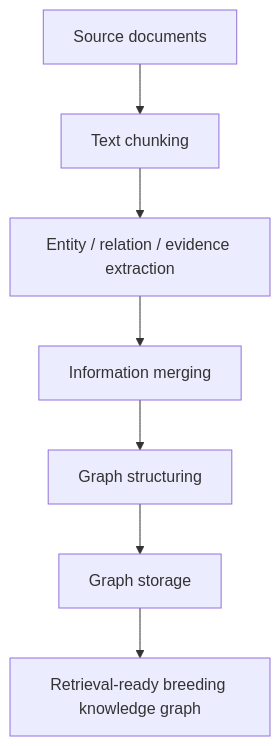
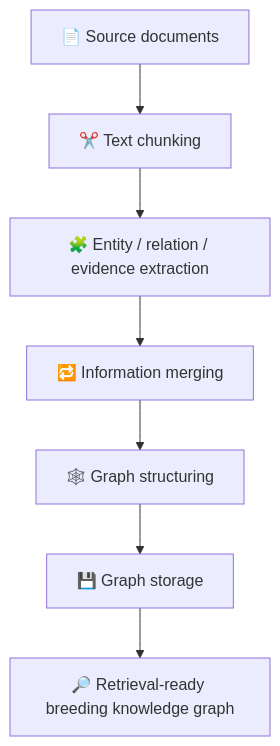
Before and after one commit to zhiweihu1103/DeepBreeding: the second of 2 diagrams in README.md, drawn with Mermaid. The commit also changed other lines of this file, not shown here.

````diff
--- a/README.md
+++ b/README.md
@@ -113,9 +113,9 @@
 ```mermaid
 flowchart TD
-    A[Source documents] --> B[Text chunking]
-    B --> C[Entity / relation / evidence extraction]
-    C --> D[Information merging]
-    D --> E[Graph structuring]
-    E --> F[Graph storage]
-    F --> G[Retrieval-ready breeding knowledge graph]
+    A[📄 Source documents] --> B[✂️ Text chunking]
+    B --> C[🧩 Entity / relation / evidence extraction]
+    C --> D[🔁 Information merging]
+    D --> E[🕸️ Graph structuring]
+    E --> F[💾 Graph storage]
+    F --> G[🔎 Retrieval-ready breeding knowledge graph]
 ```
````
